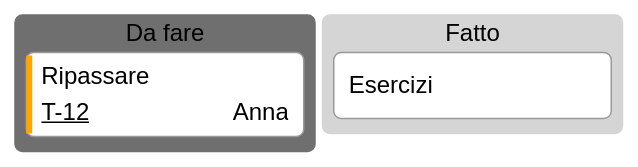
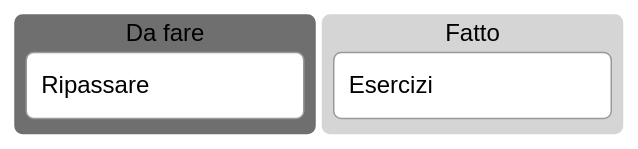
One commit to Terbiz/lectureai changed the sixth of 11 diagrams in static/skills/schemi-mermaid-avanzati.md. Above: the diagram before and after it, drawn with Mermaid (neutral theme). The commit also changed other lines of this file and 6 other files, not shown here.

````diff
--- a/static/skills/schemi-mermaid-avanzati.md
+++ b/static/skills/schemi-mermaid-avanzati.md
@@ -99,12 +66,7 @@
 ```mermaid
----
-config:
-  kanban:
-    ticketBaseUrl: 'https://esempio.it/ticket/#TICKET#'
----
 kanban
   todo[Da fare]
-    t1[Ripassare]@{ ticket: T-12, assigned: 'Anna', priority: 'High' }
+    t1[Ripassare]
   done[Fatto]
     t2[Esercizi]
 ```
````
